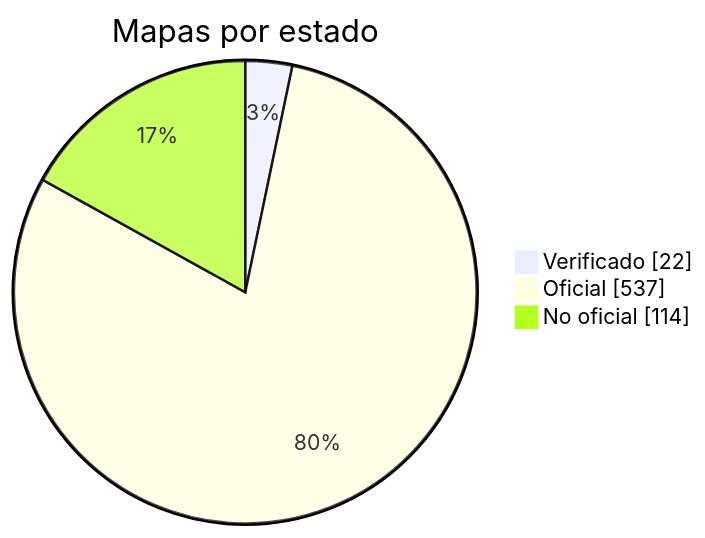
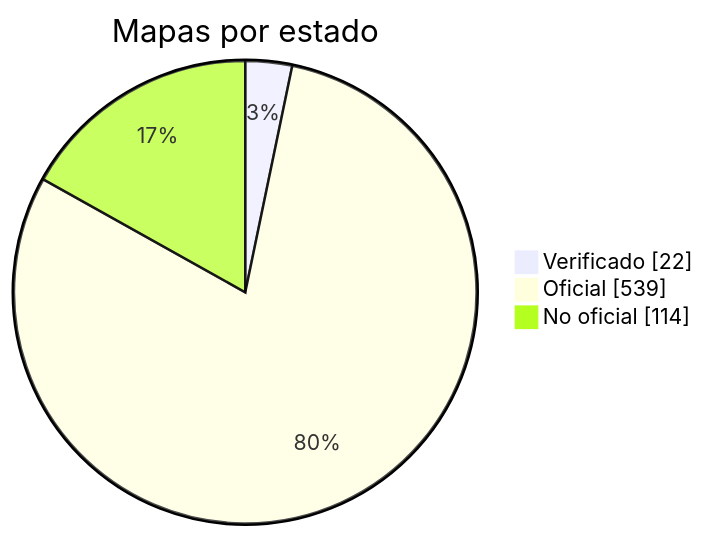
One commit to nobrega8/mbmap-library changed the diagram in docs/readme/README_ES.md. Above: the diagram before and after it, drawn with Mermaid. The commit also changed 7 other files, not shown here.

````diff
--- a/docs/readme/README_ES.md
+++ b/docs/readme/README_ES.md
@@ -54,7 +54,7 @@
 ```mermaid
 pie showData
     title Mapas por estado
     "Verificado" : 22
-    "Oficial" : 537
+    "Oficial" : 539
     "No oficial" : 114
 ```
````
